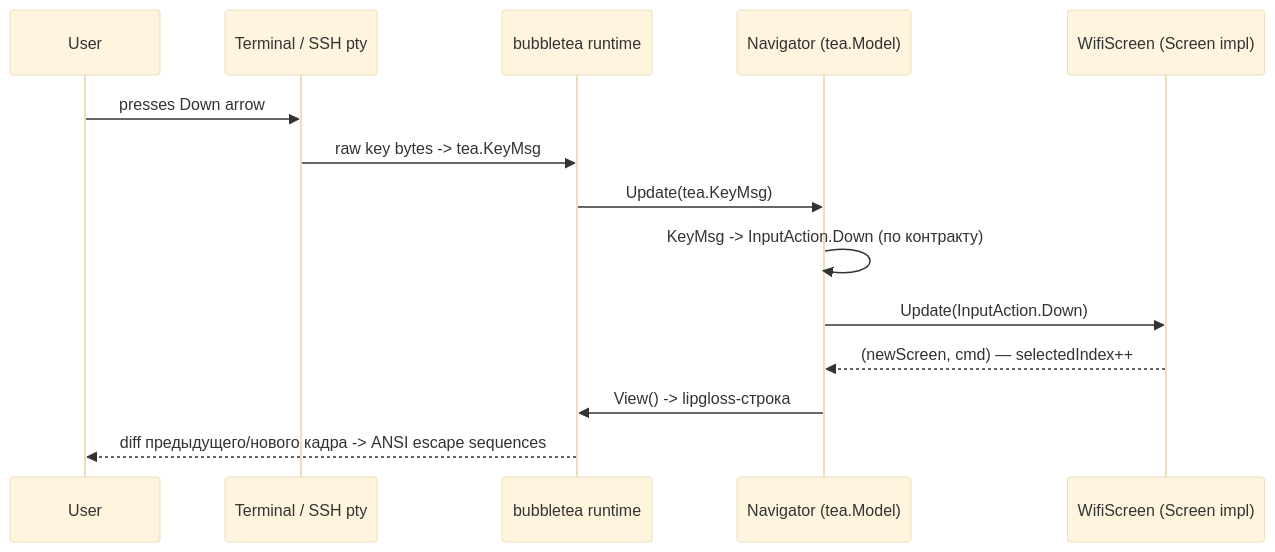
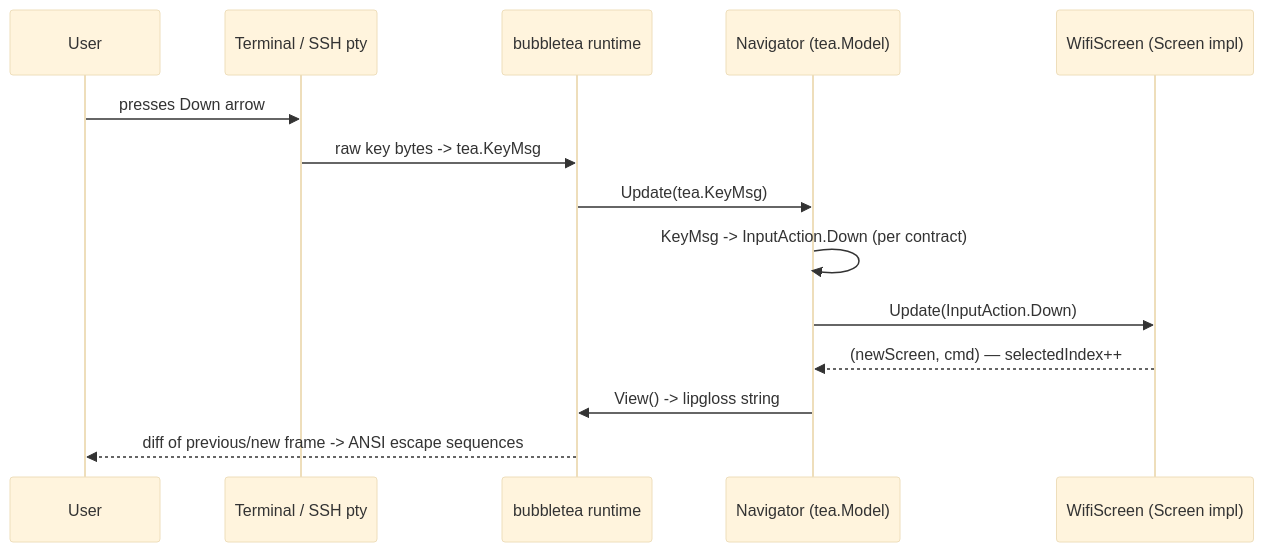
One commit to Atarity/flipctl changed the fifth of 6 diagrams in frontend.md. Above: the diagram before and after it, drawn with Mermaid (base theme). The commit also changed other lines of this file and 12 other files, not shown here.

````diff
--- a/frontend.md
+++ b/frontend.md
@@ -296,17 +332,17 @@
 ```mermaid
 sequenceDiagram
     participant User
     participant TTY as Terminal / SSH pty
     participant BT as bubbletea runtime
     participant NAV as Navigator (tea.Model)
     participant SCR as WifiScreen (Screen impl)
 
     User->>TTY: presses Down arrow
     TTY->>BT: raw key bytes -> tea.KeyMsg
     BT->>NAV: Update(tea.KeyMsg)
-    NAV->>NAV: KeyMsg -> InputAction.Down (по контракту)
+    NAV->>NAV: KeyMsg -> InputAction.Down (per contract)
     NAV->>SCR: Update(InputAction.Down)
     SCR-->>NAV: (newScreen, cmd) — selectedIndex++
-    NAV->>BT: View() -> lipgloss-строка
-    BT-->>User: diff предыдущего/нового кадра -> ANSI escape sequences
+    NAV->>BT: View() -> lipgloss string
+    BT-->>User: diff of previous/new frame -> ANSI escape sequences
 ```
````
